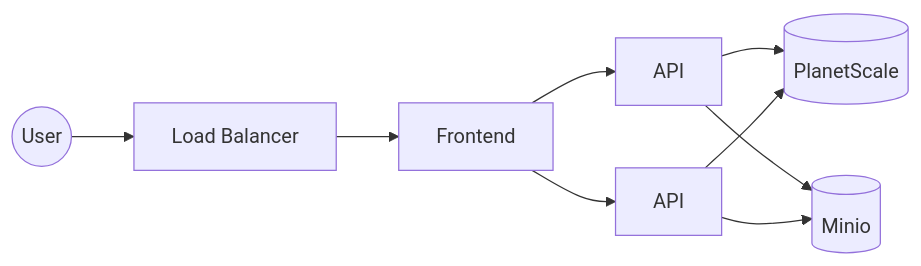
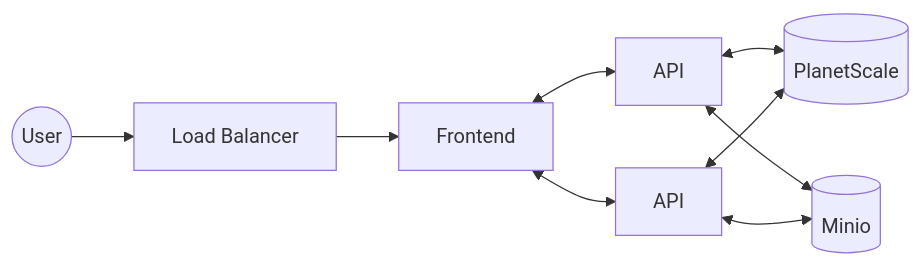
Before and after one commit to zesilva15/report-central: the diagram in README.md, drawn with Mermaid.

Commit message:
README architecture connections

````diff
--- a/README.md
+++ b/README.md
@@ -13,17 +13,17 @@
 ```mermaid
 flowchart LR
     minio[(Minio)]
     planet[(PlanetScale)]
     api1[API]
     api2[API]
     loadbalancer[Load Balancer]
     frontend[Frontend]
     loadbalancer --> frontend
-    frontend --> api1
-    frontend --> api2
-    api1 --> planet
-    api2 --> planet
-    api1 --> minio
-    api2 --> minio
+    frontend <--> api1
+    frontend <--> api2
+    api1 <--> planet
+    api2 <--> planet
+    api1 <--> minio
+    api2 <--> minio
     user((User)) --> loadbalancer
 ```
````
